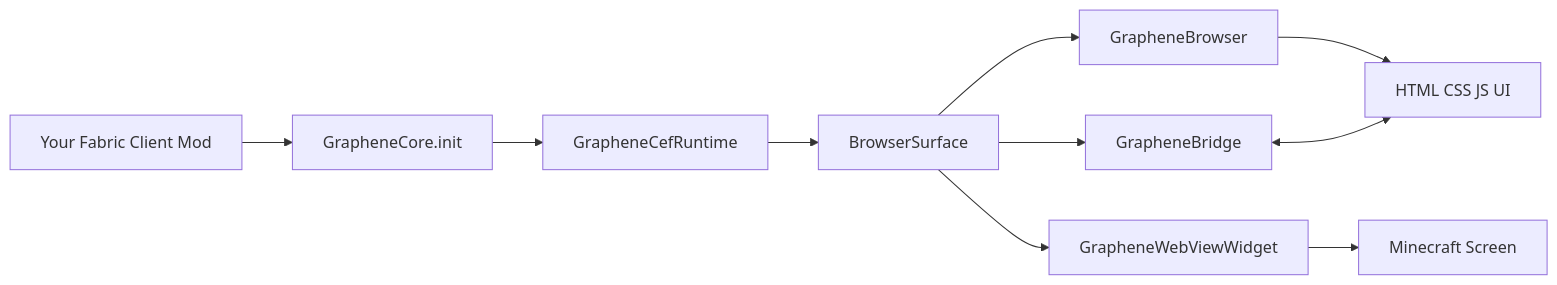
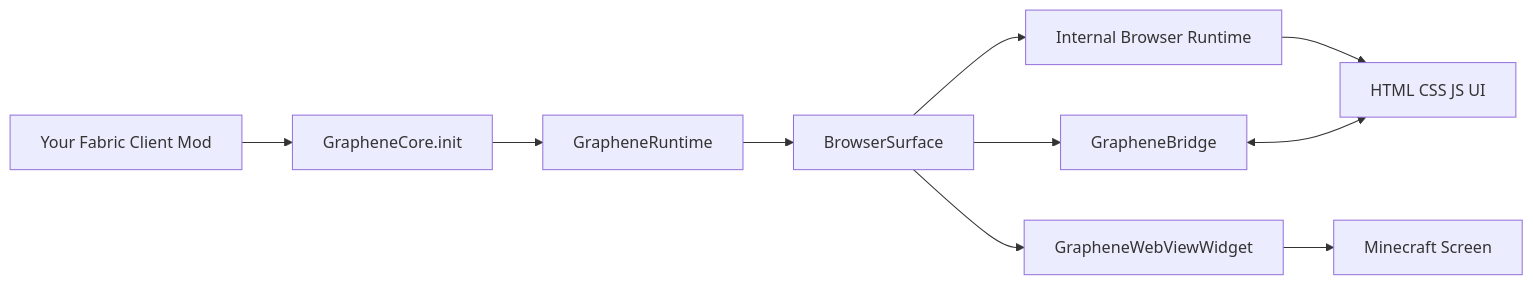
The diagram in docs/overview.md (trethore/graphene), drawn with Mermaid before and after one commit. The commit also changed other lines of this file and 173 other files, not shown here.

````diff
--- a/docs/overview.md
+++ b/docs/overview.md
@@ -18,12 +18,12 @@
 ```mermaid
 flowchart LR
     A[Your Fabric Client Mod] --> B[GrapheneCore.init]
-    B --> C[GrapheneCefRuntime]
+    B --> C[GrapheneRuntime]
     C --> D[BrowserSurface]
-    D --> E[GrapheneBrowser]
+    D --> E[Internal Browser Runtime]
     E --> F[HTML CSS JS UI]
     D --> G[GrapheneBridge]
     G <--> F
     D --> H[GrapheneWebViewWidget]
     H --> I[Minecraft Screen]
 ```
````
